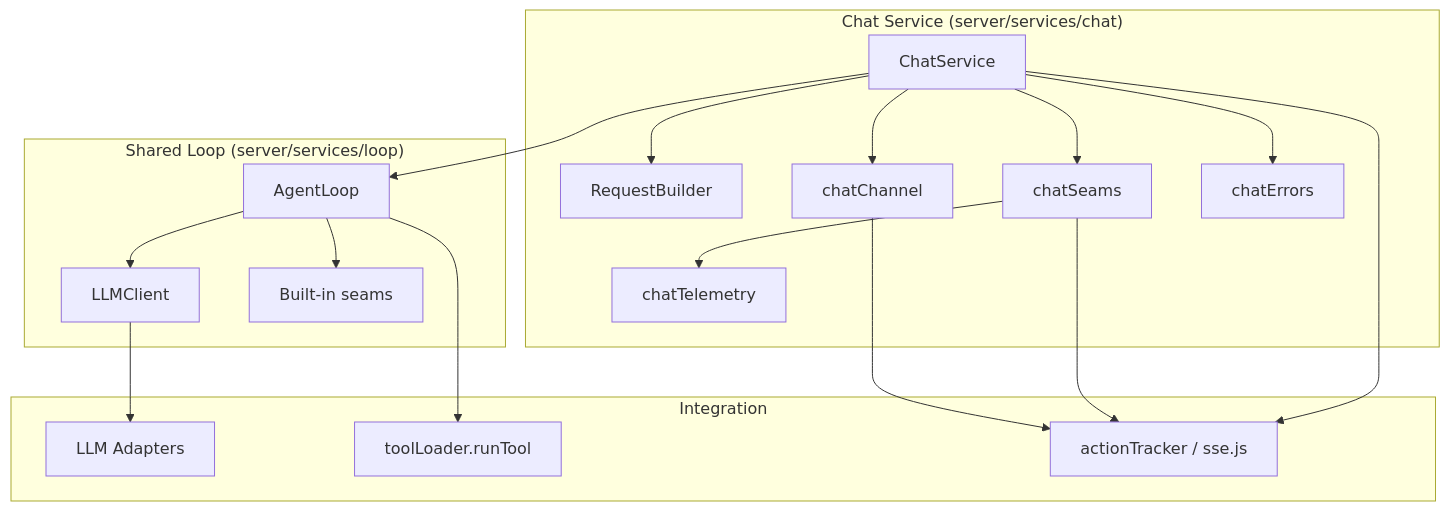
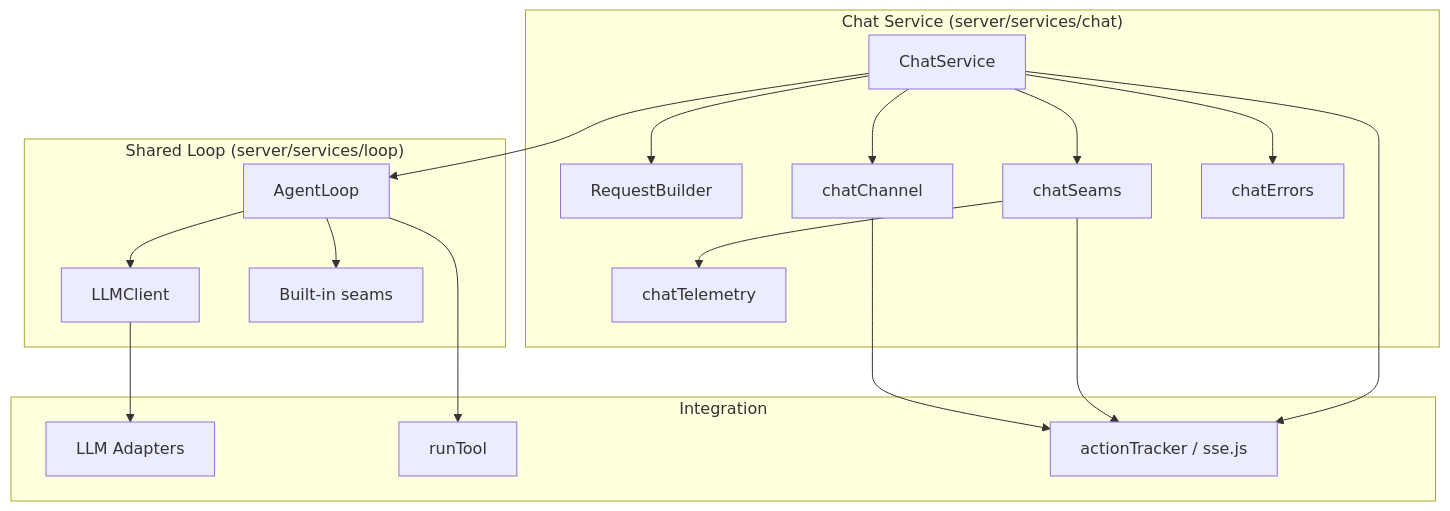
Before and after one commit to intrafind/ihub-apps: the sixth of 20 diagrams in docs/architecture.md, drawn with Mermaid. The commit also changed other lines of this file and 81 other files, not shown here.

First line of the commit message:
refactor(tools): split toolLoader.js into services/tools/{catalog,webSearchResolver,appTools,runTool}.js (#3237)

````diff
--- a/docs/architecture.md
+++ b/docs/architecture.md
@@ -297,37 +297,37 @@
 ```mermaid
 graph TB
     subgraph "Chat Service (server/services/chat)"
         CS[ChatService]
         RB[RequestBuilder]
         CC[chatChannel]
         CSM[chatSeams]
         CE[chatErrors]
         CT[chatTelemetry]
     end
 
     subgraph "Shared Loop (server/services/loop)"
         AL[AgentLoop]
         LC[LLMClient]
         BS[Built-in seams]
     end
 
     subgraph "Integration"
         Adapters[LLM Adapters]
-        TL[toolLoader.runTool]
+        TL[runTool]
         AT[actionTracker / sse.js]
     end
 
     CS --> RB
     CS --> AL
     CS --> CC
     CS --> CSM
     CS --> CE
     CSM --> CT
     AL --> LC
     AL --> BS
     AL --> TL
     LC --> Adapters
     CC --> AT
     CSM --> AT
     CS --> AT
 ```
````
